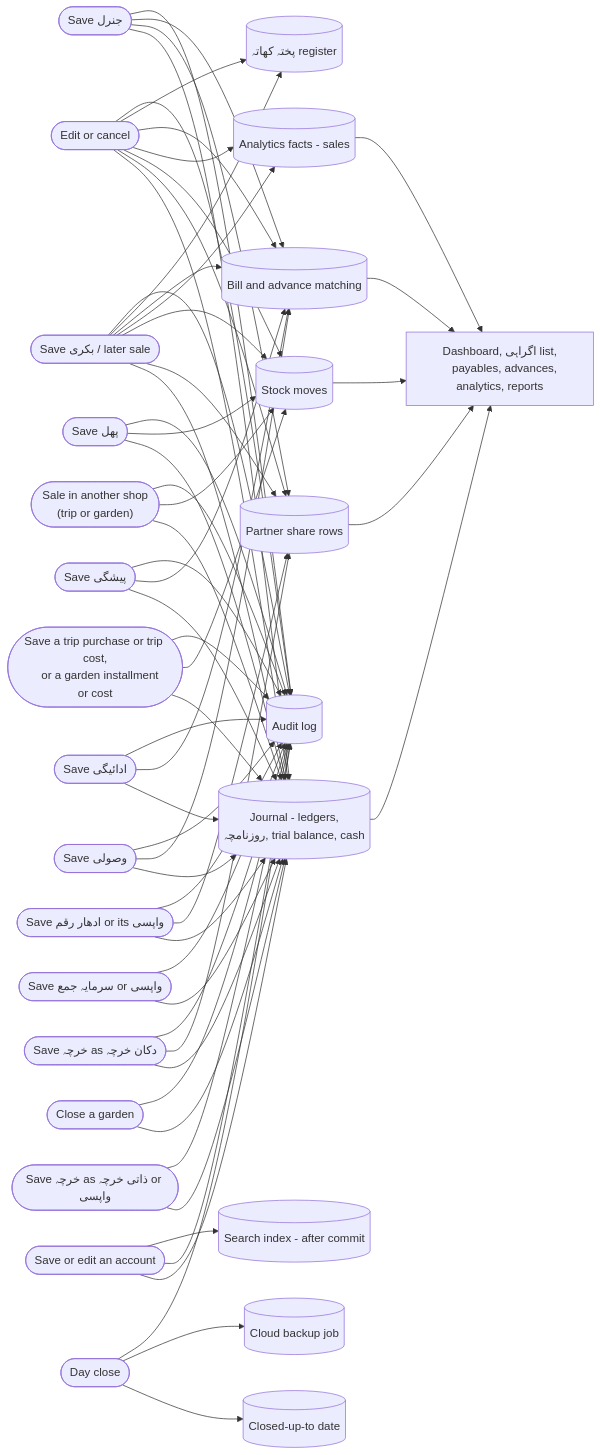
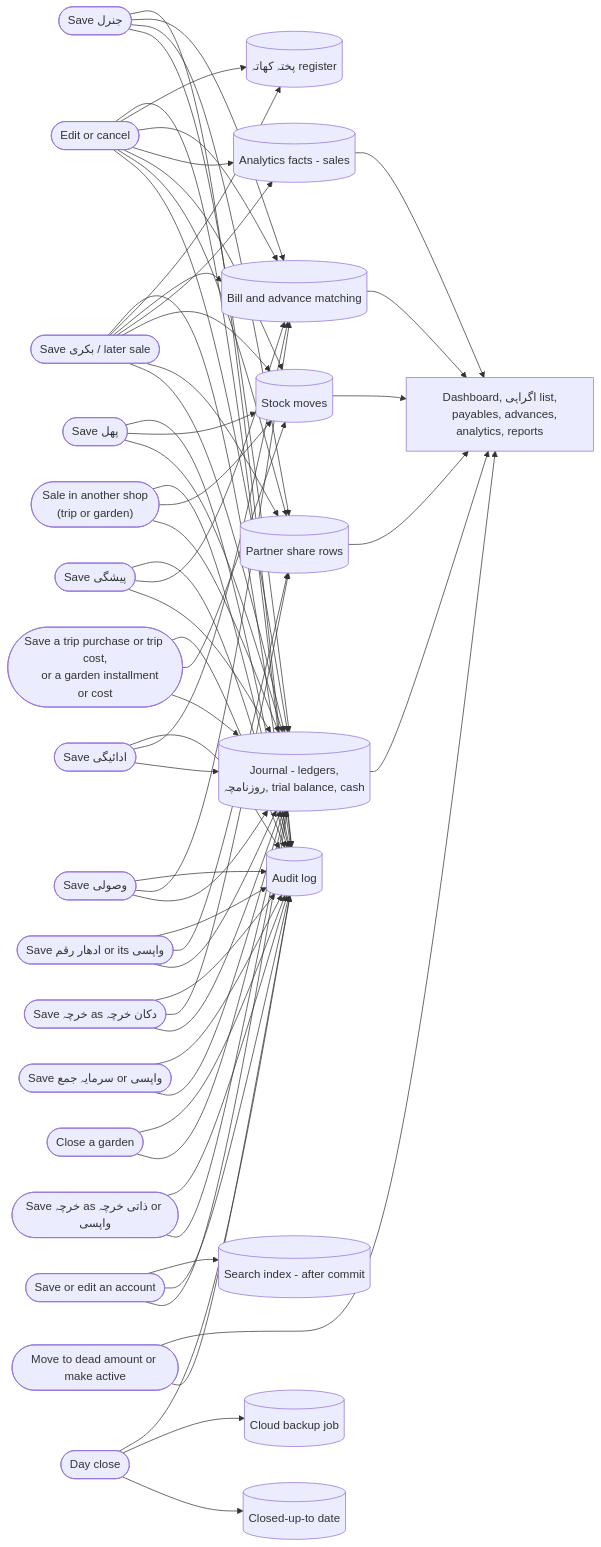
Before and after one commit to FaisalHanif12/Fruits-Mandi-Software: the seventh of 26 diagrams in .claude/rules/Architecture_v1.md, drawn with Mermaid. The commit also changed other lines of this file and 308 other files, not shown here.

First line of the commit message:
feat(dues): dues tiles, dead amount (ڈوبی رقم) and exact Urdu words (plan 40)

````diff
--- a/.claude/rules/Architecture_v1.md
+++ b/.claude/rules/Architecture_v1.md
@@ -263,52 +263,53 @@
 ```mermaid
 flowchart LR
     SAVE_BIKRI(["Save بکری / later sale"])
     EDIT(["Edit or cancel"])
     SAVE_REC(["Save وصولی"])
     SAVE_PAY(["Save ادائیگی"])
     SAVE_ADV(["Save پیشگی"])
     SAVE_SHOP(["Save خرچہ as دکان خرچہ"])
     SAVE_PERS(["Save خرچہ as ذاتی خرچہ or واپسی"])
     SAVE_LENT(["Save ادھار رقم or its واپسی"])
     SAVE_PUR(["Save a trip purchase or trip cost,
     or a garden installment or cost"])
     SAVE_OTHER(["Sale in another shop
     (trip or garden)"])
     SAVE_GCLOSE(["Close a garden"])
     SAVE_FRUIT(["Save پھل"])
     SAVE_CAP(["Save سرمایہ جمع or واپسی"])
     SAVE_GEN(["Save جنرل"])
     DAYC(["Day close"])
 
     JRN[("Journal - ledgers,
     روزنامچہ, trial balance, cash")]
     SPLIT[("Partner share rows")]
     STOCK[("Stock moves")]
     FACTS[("Analytics facts - sales")]
     MATCH[("Bill and advance matching")]
     PUKHTA[("پختہ کھاتہ register")]
     AUD[("Audit log")]
     DAYS[("Closed-up-to date")]
     BACKUP[("Cloud backup job")]
     DASHV["Dashboard, اگراہی list,
     payables, advances, analytics, reports"]
 
     SAVE_BIKRI --> JRN & SPLIT & STOCK & FACTS & MATCH & PUKHTA & AUD
     EDIT --> JRN & SPLIT & STOCK & FACTS & MATCH & PUKHTA & AUD
     SAVE_REC --> JRN & MATCH & AUD
     SAVE_PAY --> JRN & MATCH & AUD
     SAVE_ADV --> JRN & MATCH & AUD
     SAVE_SHOP --> JRN & SPLIT & AUD
     SAVE_PERS --> JRN & AUD
     SAVE_LENT --> JRN & SPLIT & AUD
     SAVE_PUR --> JRN & STOCK & AUD
     SAVE_OTHER --> JRN & STOCK & AUD
     SAVE_GCLOSE --> JRN & AUD
     SAVE_FRUIT --> JRN & STOCK & AUD
     SAVE_CAP --> JRN & AUD
     SAVE_GEN --> JRN & SPLIT & MATCH & AUD
     SAVE_ACC(["Save or edit an account"]) --> JRN & AUD & SIDX[("Search index - after commit")]
+    SAVE_DEAD(["Move to dead amount or make active"]) --> AUD & DASHV
     DAYC --> DAYS & BACKUP & AUD
 
     JRN & SPLIT & STOCK & FACTS & MATCH --> DASHV
 ```
````
